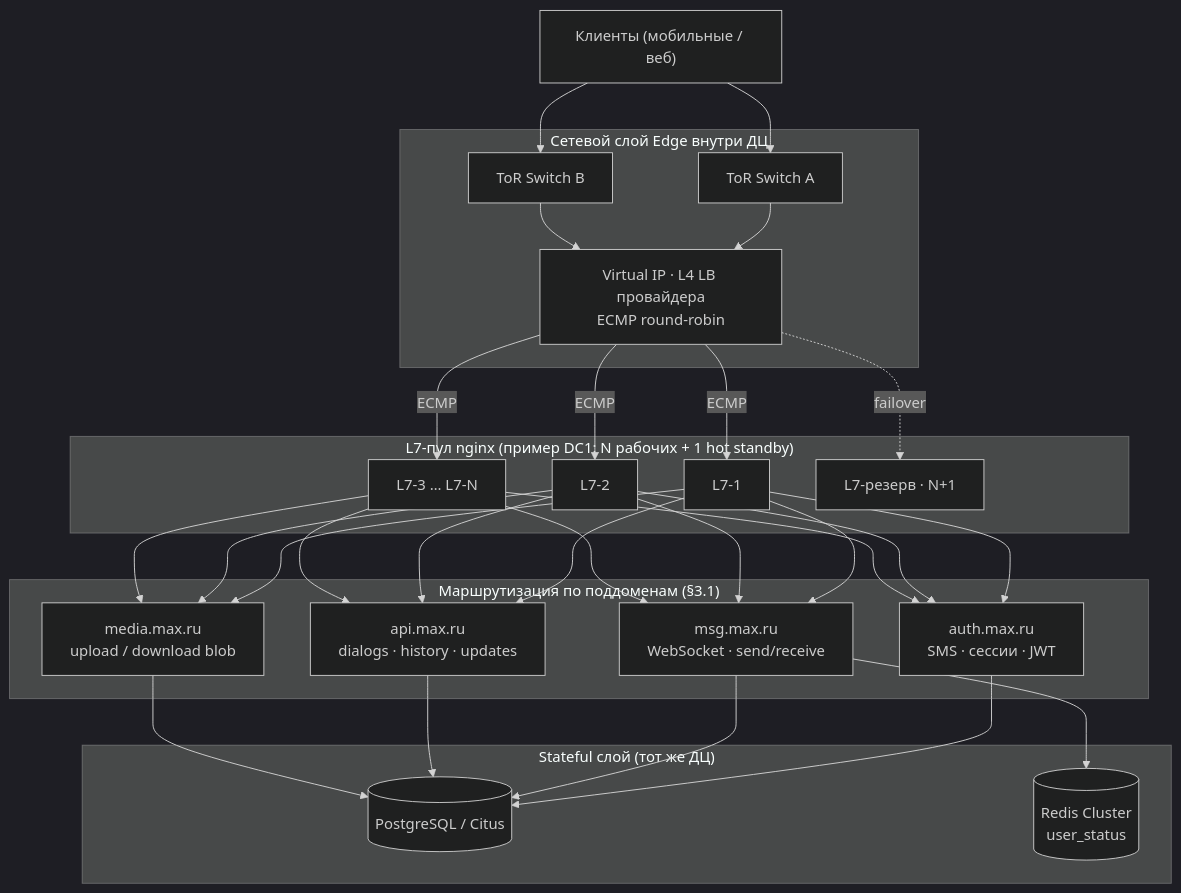
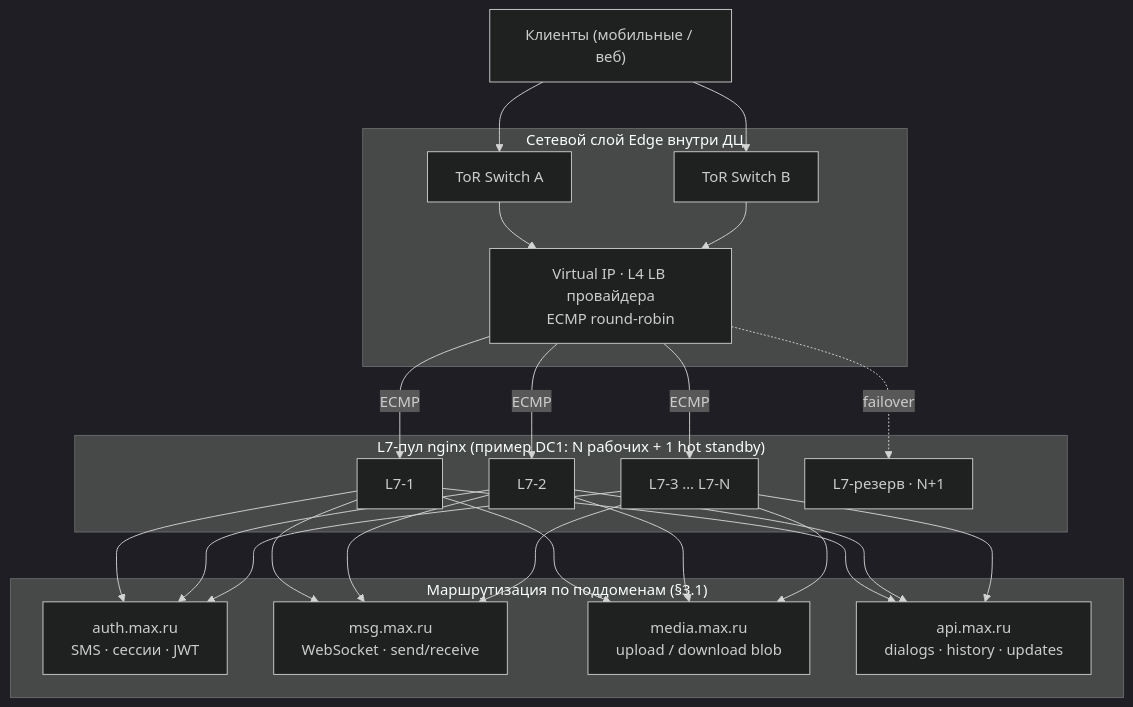
The second of 9 diagrams in README.md (aayagzhov/highload_messenger), drawn with Mermaid (dark theme) before and after one commit. The commit also changed other lines of this file, not shown here.

````diff
--- a/README.md
+++ b/README.md
@@ -586,44 +586,34 @@
 ```mermaid
 flowchart TD
     C["Клиенты (мобильные / веб)"]
 
     subgraph EDGE["Сетевой слой Edge внутри ДЦ"]
         SW1["ToR Switch A"]
         SW2["ToR Switch B"]
         VIP["Virtual IP · L4 LB провайдера<br/>ECMP round-robin"]
     end
 
     subgraph L7["L7-пул nginx (пример DC1: N рабочих + 1 hot standby)"]
         L7A["L7-1"]
         L7B["L7-2"]
         L7C["L7-3 … L7-N"]
         L7R["L7-резерв · N+1"]
     end
 
     subgraph APP["Маршрутизация по поддоменам (§3.1)"]
         AUTH["auth.max.ru<br/>SMS · сессии · JWT"]
         MSG["msg.max.ru<br/>WebSocket · send/receive"]
         MEDIA["media.max.ru<br/>upload / download blob"]
         API["api.max.ru<br/>dialogs · history · updates"]
     end
 
-    subgraph STORE["Stateful слой (тот же ДЦ)"]
-        DB[("PostgreSQL / Citus")]
-        REDIS[("Redis Cluster<br/>user_status")]
-    end
-
     C --> SW1 & SW2
     SW1 & SW2 --> VIP
     VIP -->|"ECMP"| L7A & L7B & L7C
     VIP -. "failover" .-> L7R
 
     L7A & L7B & L7C --> AUTH
     L7A & L7B & L7C --> MSG
     L7A & L7B & L7C --> MEDIA
     L7A & L7B & L7C --> API
-
-    AUTH --> DB
-    MSG --> DB & REDIS
-    API --> DB
-    MEDIA --> DB
 ```
````
